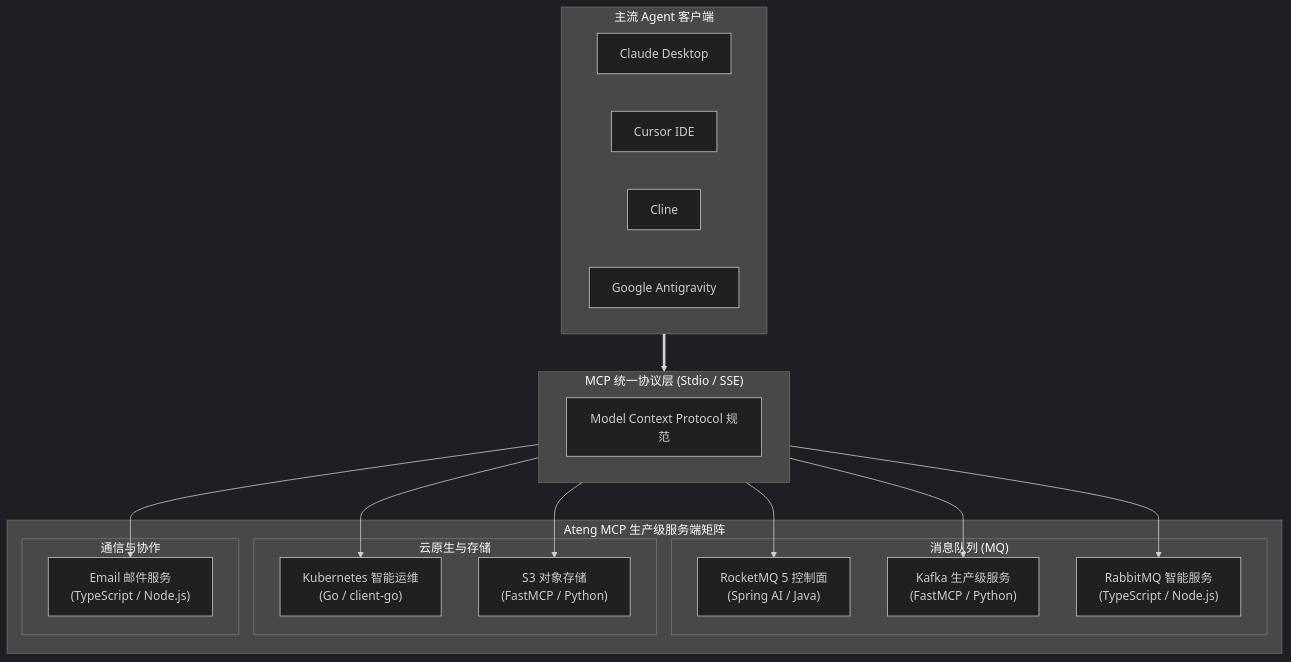
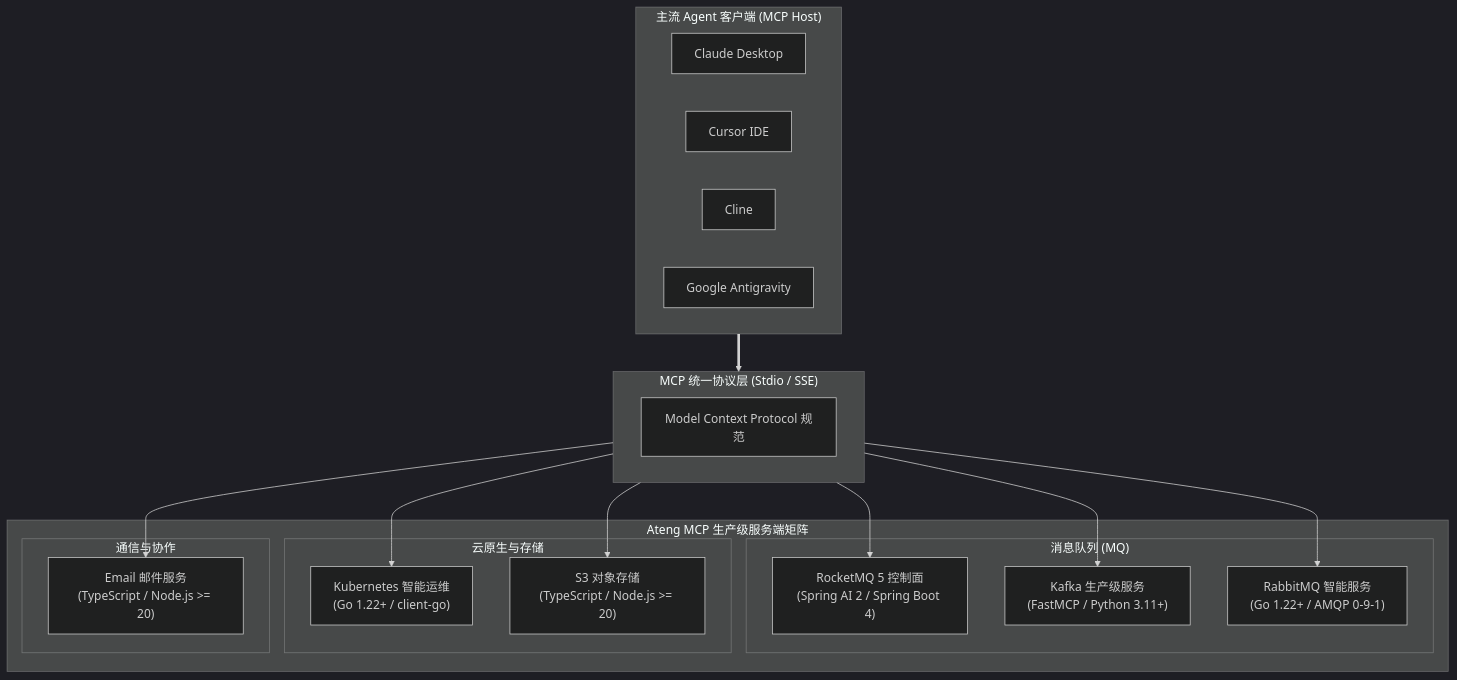
The diagram in docs/servers/index.md (atengk/Ateng-MCP), drawn with Mermaid (dark theme) before and after one commit. The commit also changed other lines of this file and 8 other files, not shown here.

````diff
--- a/docs/servers/index.md
+++ b/docs/servers/index.md
@@ -71,36 +71,36 @@
 ```mermaid
 flowchart TD
-    subgraph Clients["主流 Agent 客户端"]
+    subgraph Clients["主流 Agent 客户端 (MCP Host)"]
         C1["Claude Desktop"]
         C2["Cursor IDE"]
         C3["Cline"]
         C4["Google Antigravity"]
     end
 
     subgraph Gateway["MCP 统一协议层 (Stdio / SSE)"]
         GW["Model Context Protocol 规范"]
     end
 
     subgraph Matrix["Ateng MCP 生产级服务端矩阵"]
         subgraph MQ["消息队列 (MQ)"]
-            S1["RocketMQ 5 控制面<br/>(Spring AI / Java)"]
-            S2["Kafka 生产级服务<br/>(FastMCP / Python)"]
-            S3["RabbitMQ 智能服务<br/>(TypeScript / Node.js)"]
+            S1["RocketMQ 5 控制面<br/>(Spring AI 2 / Spring Boot 4)"]
+            S2["Kafka 生产级服务<br/>(FastMCP / Python 3.11+)"]
+            S3["RabbitMQ 智能服务<br/>(Go 1.22+ / AMQP 0-9-1)"]
         end
         subgraph Cloud["云原生与存储"]
-            S4["Kubernetes 智能运维<br/>(Go / client-go)"]
-            S5["S3 对象存储<br/>(FastMCP / Python)"]
+            S4["Kubernetes 智能运维<br/>(Go 1.22+ / client-go)"]
+            S5["S3 对象存储<br/>(TypeScript / Node.js >= 20)"]
         end
         subgraph Tools["通信与协作"]
-            S6["Email 邮件服务<br/>(TypeScript / Node.js)"]
+            S6["Email 邮件服务<br/>(TypeScript / Node.js >= 20)"]
         end
     end
 
     Clients ==> Gateway
     Gateway --> S1
     Gateway --> S2
     Gateway --> S3
     Gateway --> S4
     Gateway --> S5
     Gateway --> S6
 ```
````
